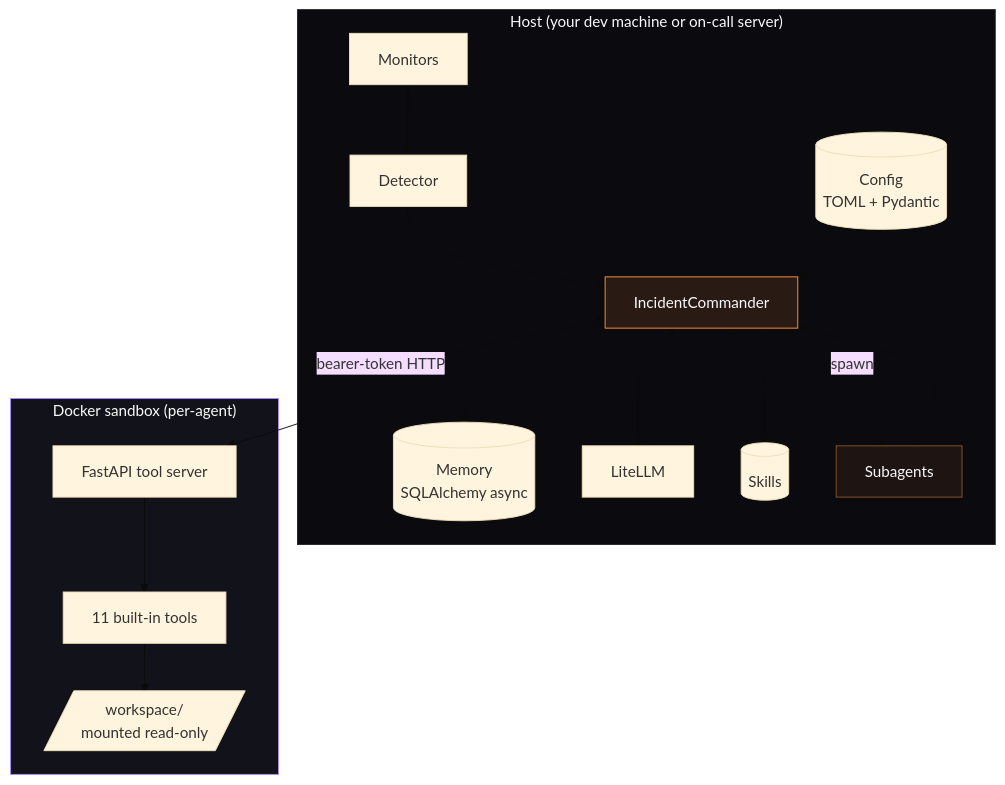
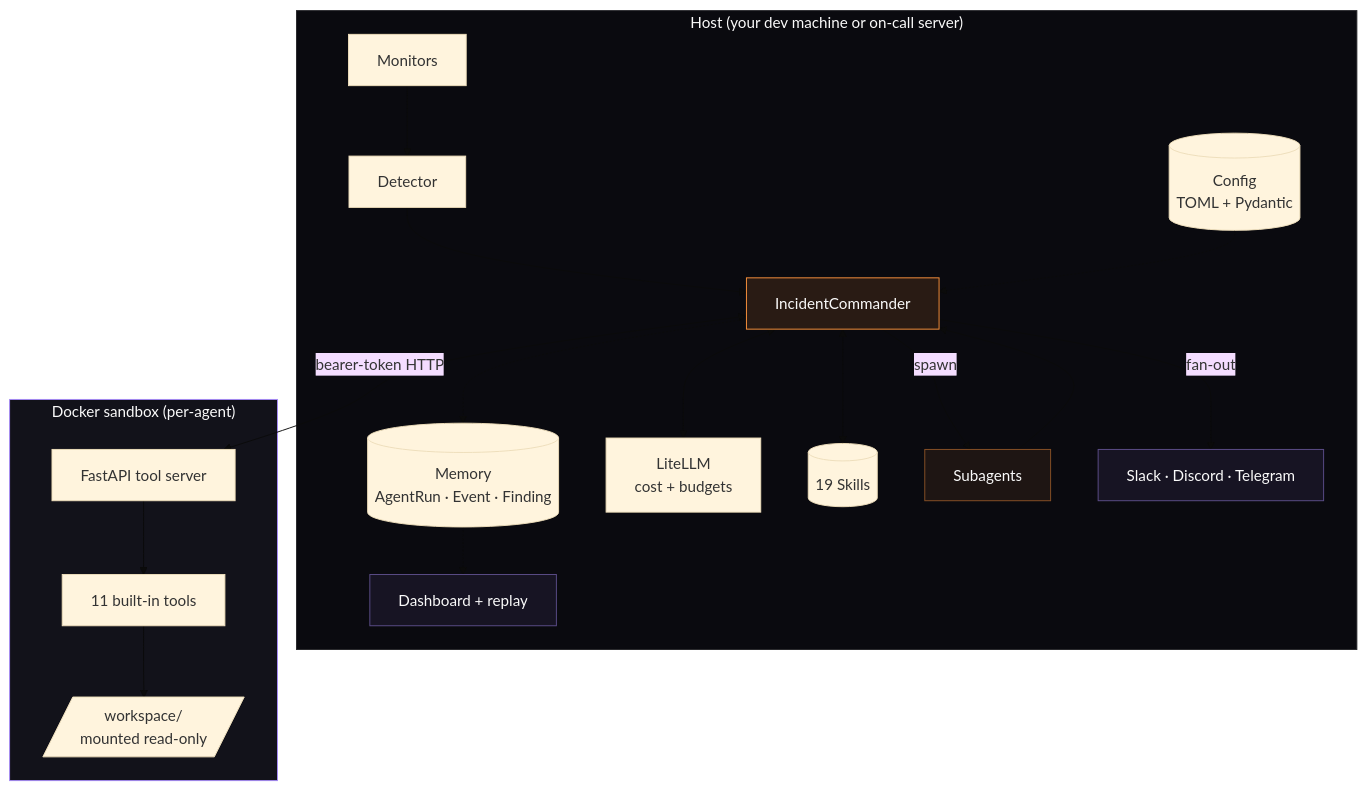
The second of 2 diagrams in README.md (bhartiyaanshul/quell), drawn with Mermaid (base theme) before and after one commit. The commit also changed other lines of this file and 10 other files, not shown here.

````diff
--- a/README.md
+++ b/README.md
@@ -367,30 +449,34 @@
 ```mermaid
 graph TB
   subgraph host["Host (your dev machine or on-call server)"]
     CFG[("Config<br/>TOML + Pydantic")]
-    MEM[("Memory<br/>SQLAlchemy async")]
+    MEM[("Memory<br/>AgentRun · Event · Finding")]
     MON[Monitors] --> DET[Detector]
     DET --> CMD[IncidentCommander]
-    CMD <--> LLM[LiteLLM]
-    CMD <--> SKL[(Skills)]
+    CMD <--> LLM[LiteLLM<br/>cost + budgets]
+    CMD <--> SKL[(19 Skills)]
     CMD -->|spawn| SUB[Subagents]
     SUB --> CMD
+    CMD -->|fan-out| NOT[Slack · Discord · Telegram]
     CFG -.-> CMD
     CMD -.-> MEM
+    MEM -.-> DASH[Dashboard + replay]
   end
 
   subgraph sandbox["Docker sandbox (per-agent)"]
     TS[FastAPI tool server]
     TOOLS[11 built-in tools]
     WS[/workspace/<br/>mounted read-only/]
     TS --> TOOLS
     TOOLS --> WS
   end
 
   CMD <-->|bearer-token HTTP| TS
 
   style CMD fill:#fb923c20,stroke:#fb923c,color:#fafafa
   style SUB fill:#fb923c15,stroke:#fb923c80,color:#fafafa
+  style NOT fill:#a78bfa15,stroke:#a78bfa80,color:#fafafa
+  style DASH fill:#a78bfa15,stroke:#a78bfa80,color:#fafafa
   style sandbox fill:#12121a,stroke:#a78bfa,color:#fafafa
   style host fill:#0a0a0f,stroke:#27272a,color:#fafafa
 ```
````
